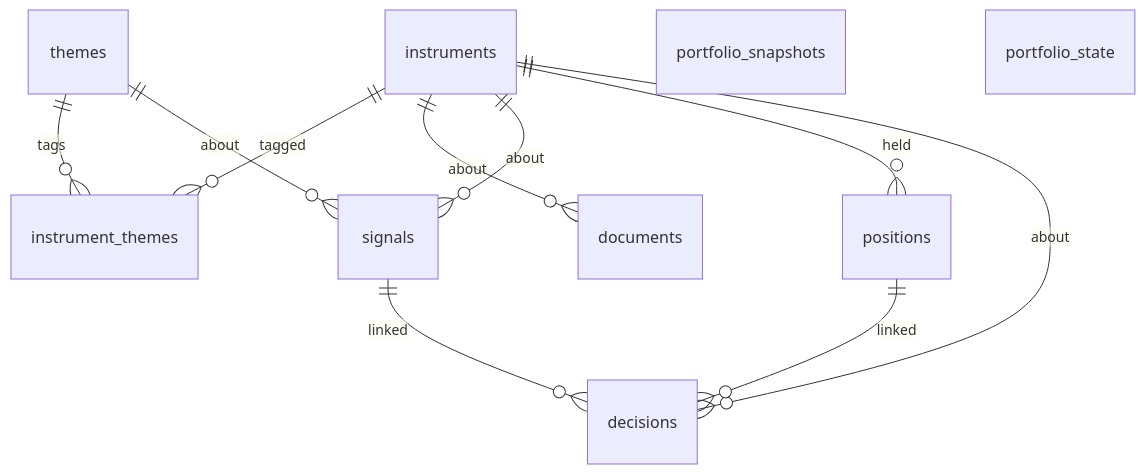
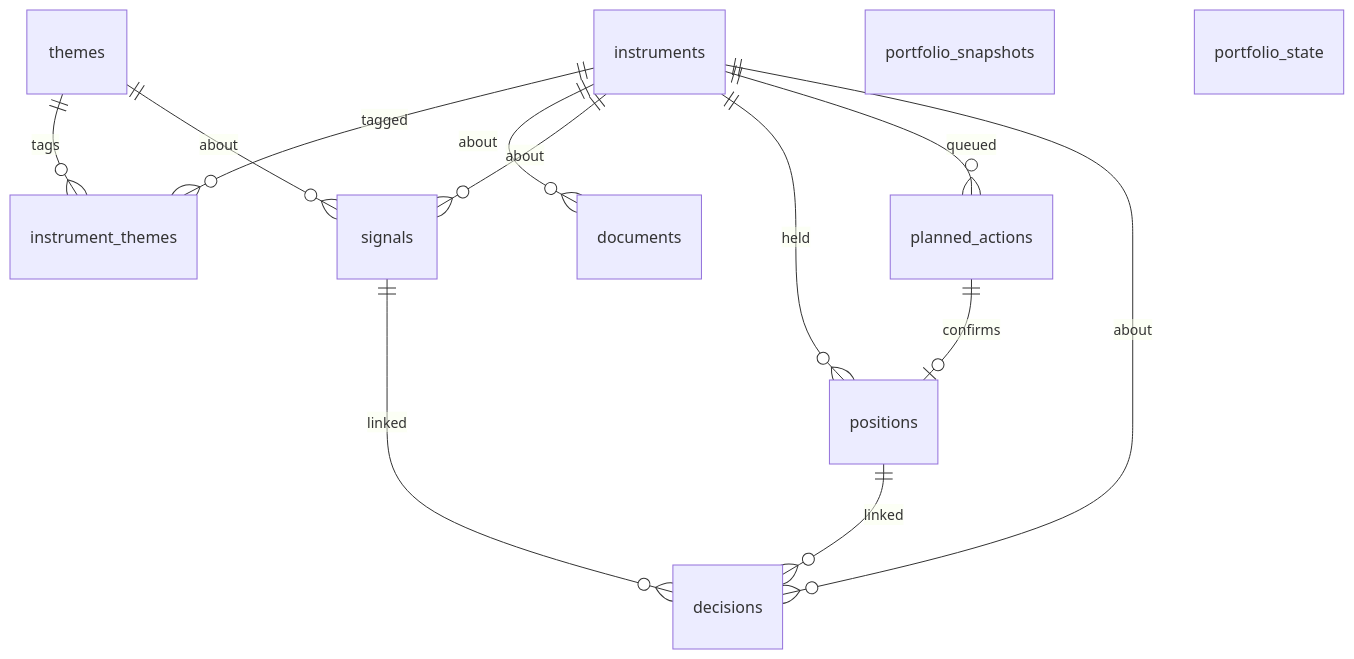
The diagram in architecture/data-model.md (cpascoli/powerfund), drawn with Mermaid before and after one commit. The commit also changed other lines of this file and 15 other files, not shown here.

````diff
--- a/architecture/data-model.md
+++ b/architecture/data-model.md
@@ -7,14 +7,16 @@
 ```mermaid
 erDiagram
   themes ||--o{ instrument_themes : tags
   instruments ||--o{ instrument_themes : tagged
   instruments ||--o{ documents : about
   instruments ||--o{ signals : about
   themes ||--o{ signals : about
   instruments ||--o{ positions : held
+  instruments ||--o{ planned_actions : queued
   instruments ||--o{ decisions : about
   positions ||--o{ decisions : linked
+  planned_actions ||--o| positions : confirms
   signals ||--o{ decisions : linked
   portfolio_snapshots
   portfolio_state
 ```
````
